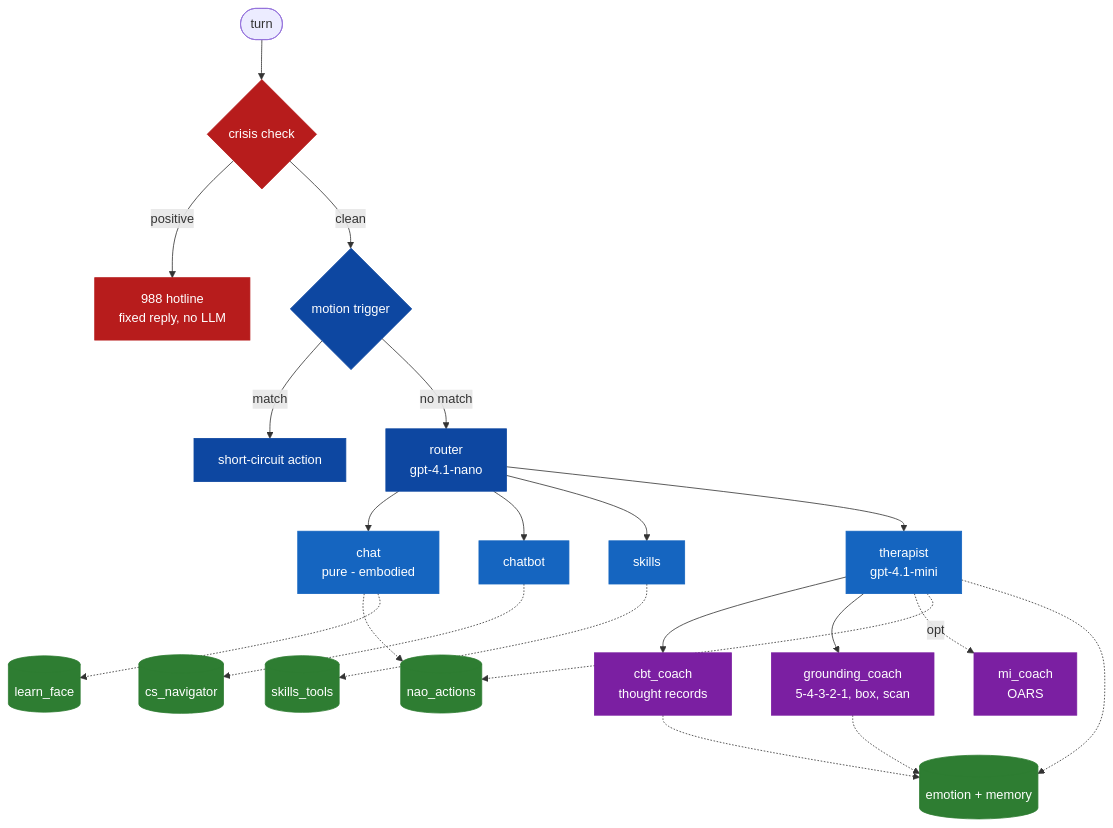
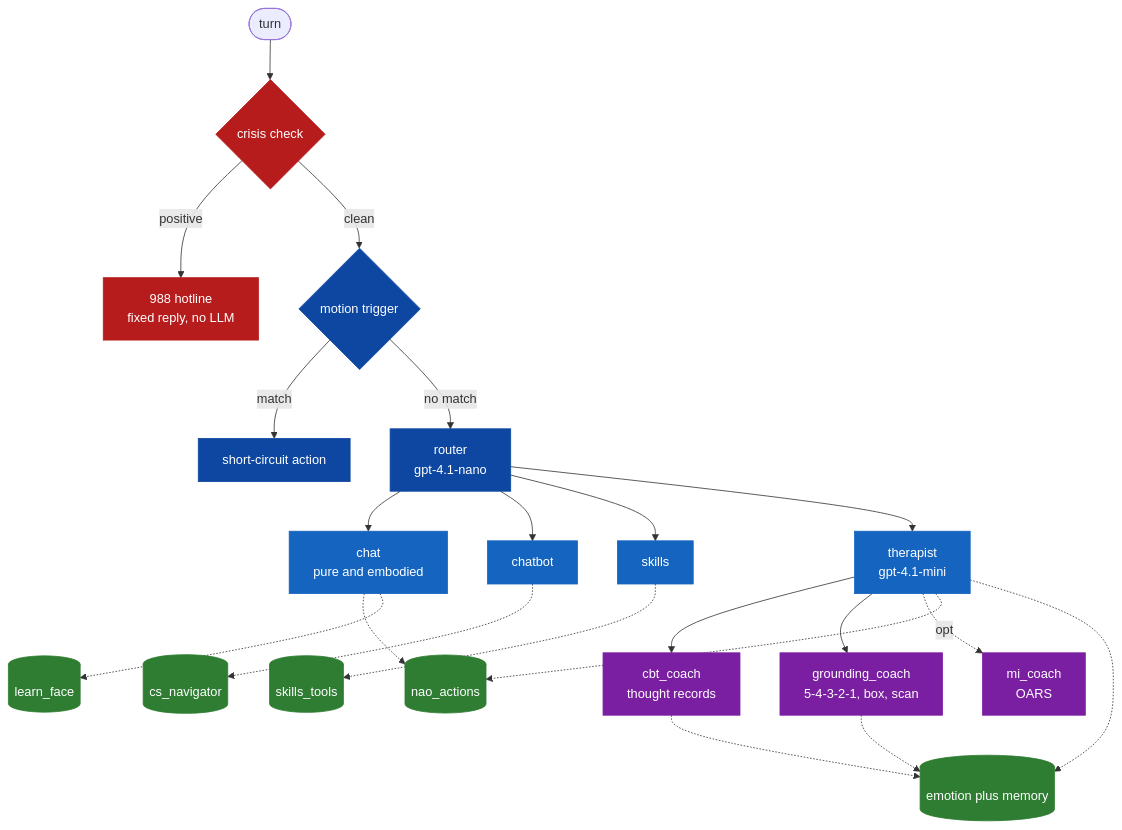
One commit to theaayushstha1/Nao-OpenAI-Morgan-Assist changed the third of 8 diagrams in README.md. Above: the diagram before and after it, drawn with Mermaid. The commit also changed other lines of this file, not shown here.

First line of the commit message:
README: bulletproof every mermaid label, remove arrow-in-message

````diff
--- a/README.md
+++ b/README.md
@@ -143,29 +143,29 @@
 ```mermaid
 graph TD
     classDef gate fill:#b71c1c,stroke:#b71c1c,color:#fff
     classDef route fill:#0d47a1,stroke:#0d47a1,color:#fff
     classDef spec fill:#1565c0,stroke:#1565c0,color:#fff
     classDef sub fill:#7b1fa2,stroke:#7b1fa2,color:#fff
     classDef tool fill:#2e7d32,stroke:#2e7d32,color:#fff
 
     T([turn]) --> CG{crisis check}:::gate
-    CG -- positive --> H[988 hotline<br/>fixed reply, no LLM]:::gate
+    CG -- positive --> H["988 hotline<br/>fixed reply, no LLM"]:::gate
     CG -- clean --> MT{motion trigger}:::route
-    MT -- match --> ACT[short-circuit action]:::route
-    MT -- no match --> R[router<br/>gpt-4.1-nano]:::route
+    MT -- match --> ACT["short-circuit action"]:::route
+    MT -- no match --> R["router<br/>gpt-4.1-nano"]:::route
 
-    R --> CH[chat<br/>pure - embodied]:::spec
-    R --> CB[chatbot]:::spec
-    R --> SK[skills]:::spec
-    R --> TH[therapist<br/>gpt-4.1-mini]:::spec
+    R --> CH["chat<br/>pure and embodied"]:::spec
+    R --> CB["chatbot"]:::spec
+    R --> SK["skills"]:::spec
+    R --> TH["therapist<br/>gpt-4.1-mini"]:::spec
 
-    TH --> CBT[cbt_coach<br/>thought records]:::sub
-    TH --> GR[grounding_coach<br/>5-4-3-2-1, box, scan]:::sub
-    TH -. opt .-> MI[mi_coach<br/>OARS]:::sub
+    TH --> CBT["cbt_coach<br/>thought records"]:::sub
+    TH --> GR["grounding_coach<br/>5-4-3-2-1, box, scan"]:::sub
+    TH -. opt .-> MI["mi_coach<br/>OARS"]:::sub
 
-    CH & TH -.-> NA[(nao_actions)]:::tool
-    CB -.-> CSN[(cs_navigator)]:::tool
-    SK -.-> ST[(skills_tools)]:::tool
-    TH & CBT & GR -.-> EM[(emotion + memory)]:::tool
-    CH -.-> LF[(learn_face)]:::tool
+    CH & TH -.-> NA[("nao_actions")]:::tool
+    CB -.-> CSN[("cs_navigator")]:::tool
+    SK -.-> ST[("skills_tools")]:::tool
+    TH & CBT & GR -.-> EM[("emotion plus memory")]:::tool
+    CH -.-> LF[("learn_face")]:::tool
 ```
````
